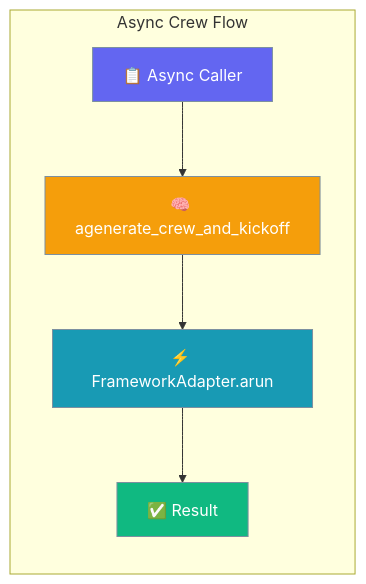
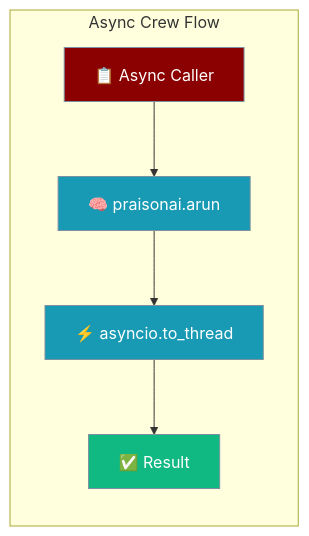
One commit to MervinPraison/PraisonAIDocs changed the first of 3 diagrams in docs/features/async-crew-kickoff.mdx. Above: the diagram before and after it, drawn with Mermaid. The commit also changed other lines of this file and 4 other files, not shown here.

````diff
--- a/docs/features/async-crew-kickoff.mdx
+++ b/docs/features/async-crew-kickoff.mdx
@@ -10,18 +10,18 @@
 ```mermaid
 graph LR
     subgraph "Async Crew Flow"
-        A[📋 Async Caller] --> B[🧠 agenerate_crew_and_kickoff]
-        B --> C[⚡ FrameworkAdapter.arun]
+        A[📋 Async Caller] --> B[🧠 praisonai.arun]
+        B --> C[⚡ asyncio.to_thread]
         C --> D[✅ Result]
     end
     
-    classDef input fill:#6366F1,stroke:#7C90A0,color:#fff
-    classDef process fill:#F59E0B,stroke:#7C90A0,color:#fff
+    classDef input fill:#8B0000,stroke:#7C90A0,color:#fff
+    classDef process fill:#189AB4,stroke:#7C90A0,color:#fff
     classDef adapter fill:#189AB4,stroke:#7C90A0,color:#fff
     classDef output fill:#10B981,stroke:#7C90A0,color:#fff
     
     class A input
     class B process
     class C adapter
     class D output
 ```
````
